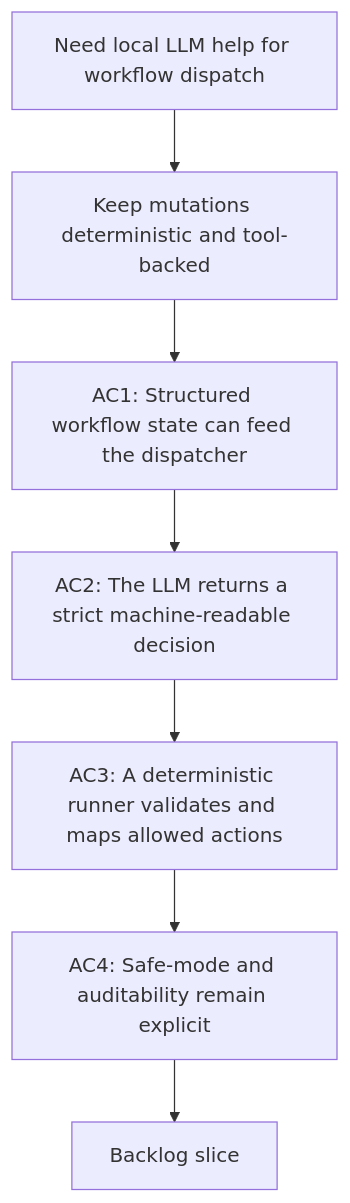
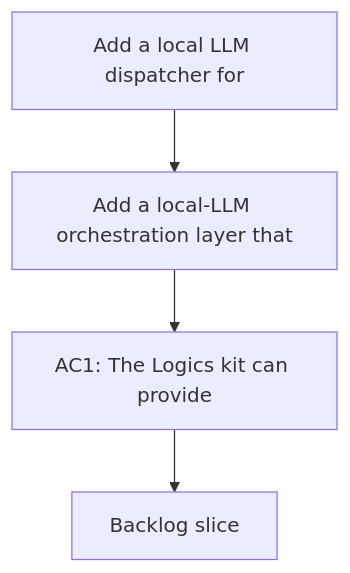
Before and after one commit to AlexAgo83/logics-manager: the diagram in logics/request/req_088_add_a_local_llm_dispatcher_for_deterministic_logics_flow_orchestration.md, drawn with Mermaid. The commit also changed 481 other files, not shown here.

Commit message:
Normalize Logics docs and workflow indicators

````diff
--- a/logics/request/req_088_add_a_local_llm_dispatcher_for_deterministic_logics_flow_orchestration.md
+++ b/logics/request/req_088_add_a_local_llm_dispatcher_for_deterministic_logics_flow_orchestration.md
@@ -26,11 +26,8 @@
 ```mermaid
 %% logics-kind: request
 %% logics-signature: request|add-a-local-llm-dispatcher-for-determini|add-a-local-llm-orchestration-layer-that|ac1-the-logics-kit-can-provide
 flowchart TD
-    Trigger[Need local LLM help for workflow dispatch] --> Guardrail[Keep mutations deterministic and tool-backed]
-    Guardrail --> AC1[AC1: Structured workflow state can feed the dispatcher]
-    AC1 --> AC2[AC2: The LLM returns a strict machine-readable decision]
-    AC2 --> AC3[AC3: A deterministic runner validates and maps allowed actions]
-    AC3 --> AC4[AC4: Safe-mode and auditability remain explicit]
-    AC4 --> Backlog[Backlog slice]
+    Trigger[Add a local LLM dispatcher for] --> Need[Add a local-LLM orchestration layer that]
+    Need --> Outcome[AC1: The Logics kit can provide]
+    Outcome --> Backlog[Backlog slice]
 ```
````
